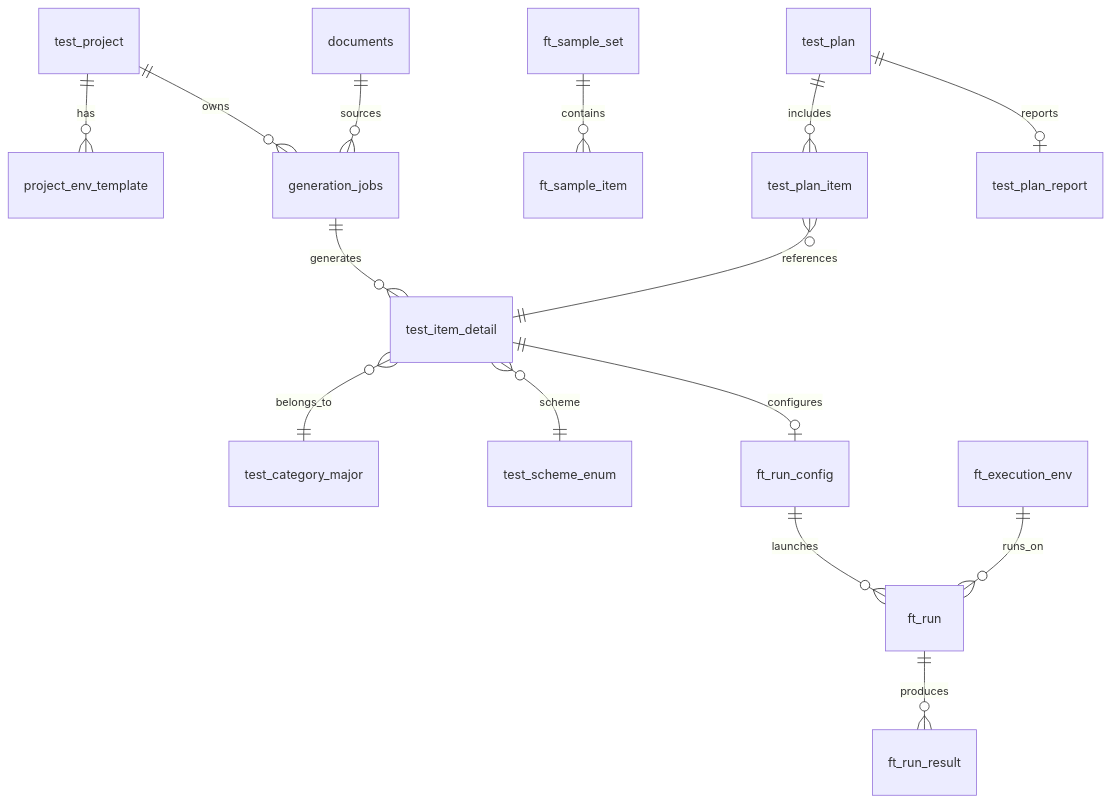
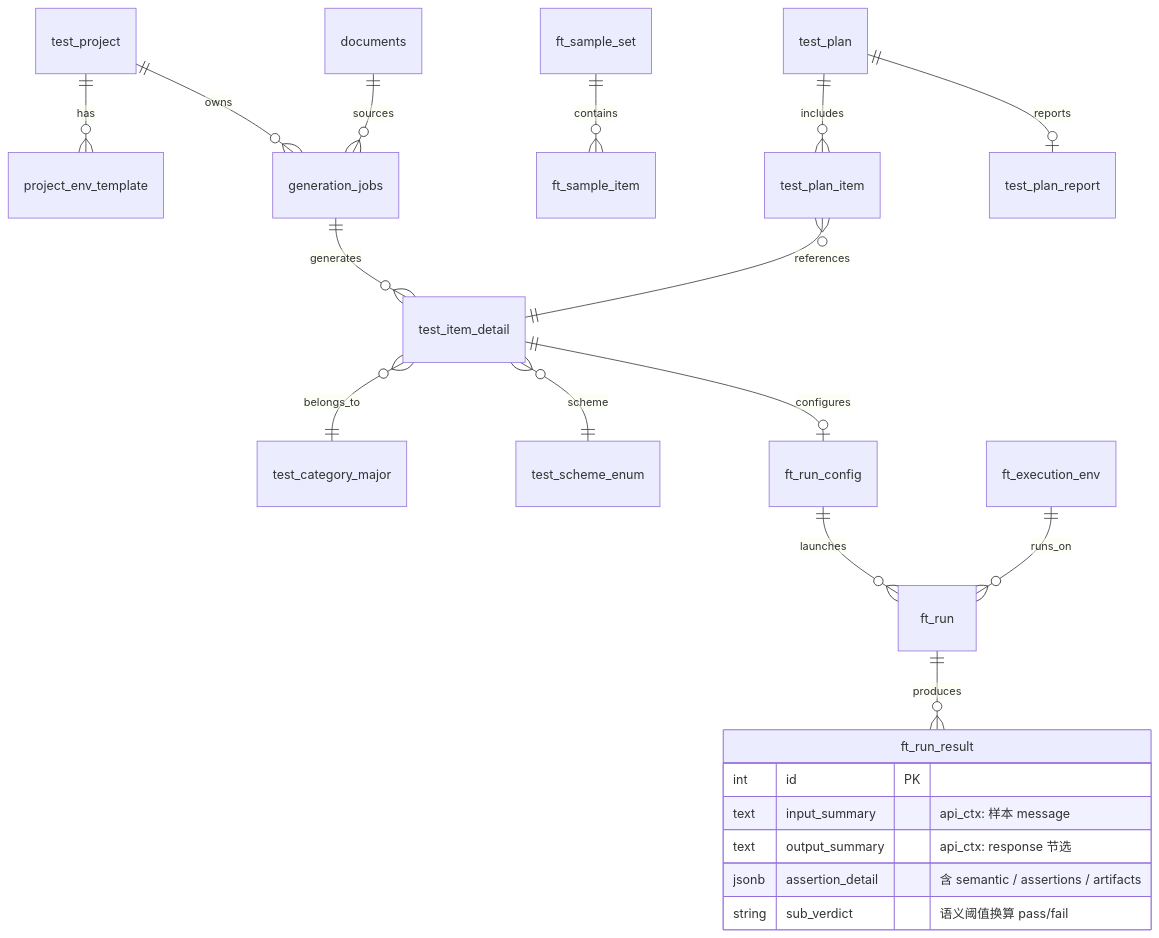
One commit to InsectYan/admin-management-station changed the seventh of 10 diagrams in project-sub/testgen-sub/docs/测试平台架构关系图.md. Above: the diagram before and after it, drawn with Mermaid. The commit also changed 26 other files, not shown here.

````diff
--- a/project-sub/testgen-sub/docs/测试平台架构关系图.md
+++ b/project-sub/testgen-sub/docs/测试平台架构关系图.md
@@ -230,17 +230,24 @@
 ```mermaid
 erDiagram
     test_project ||--o{ project_env_template : has
     test_project ||--o{ generation_jobs : owns
     generation_jobs ||--o{ test_item_detail : generates
     documents ||--o{ generation_jobs : sources
     test_item_detail }o--|| test_category_major : belongs_to
     test_item_detail }o--|| test_scheme_enum : scheme
     test_item_detail ||--o| ft_run_config : configures
     ft_run_config ||--o{ ft_run : launches
     ft_run ||--o{ ft_run_result : produces
+    ft_run_result {
+        int id PK
+        text input_summary "api_ctx: 样本 message"
+        text output_summary "api_ctx: response 节选"
+        jsonb assertion_detail "含 semantic / assertions / artifacts"
+        string sub_verdict "语义阈值换算 pass/fail"
+    }
     ft_sample_set ||--o{ ft_sample_item : contains
     ft_execution_env ||--o{ ft_run : runs_on
     test_plan ||--o{ test_plan_item : includes
     test_plan_item }o--|| test_item_detail : references
     test_plan ||--o| test_plan_report : reports
 ```
````
